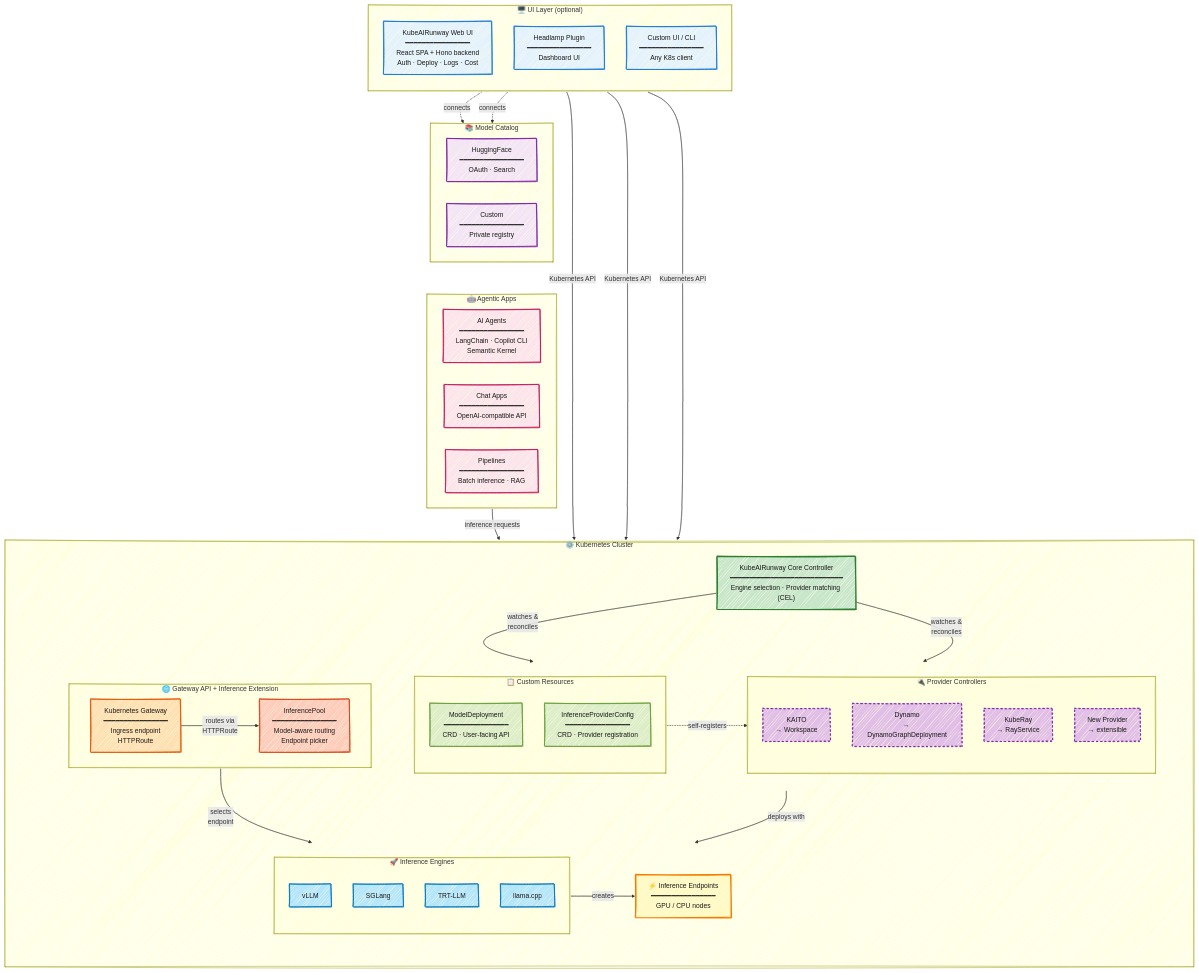
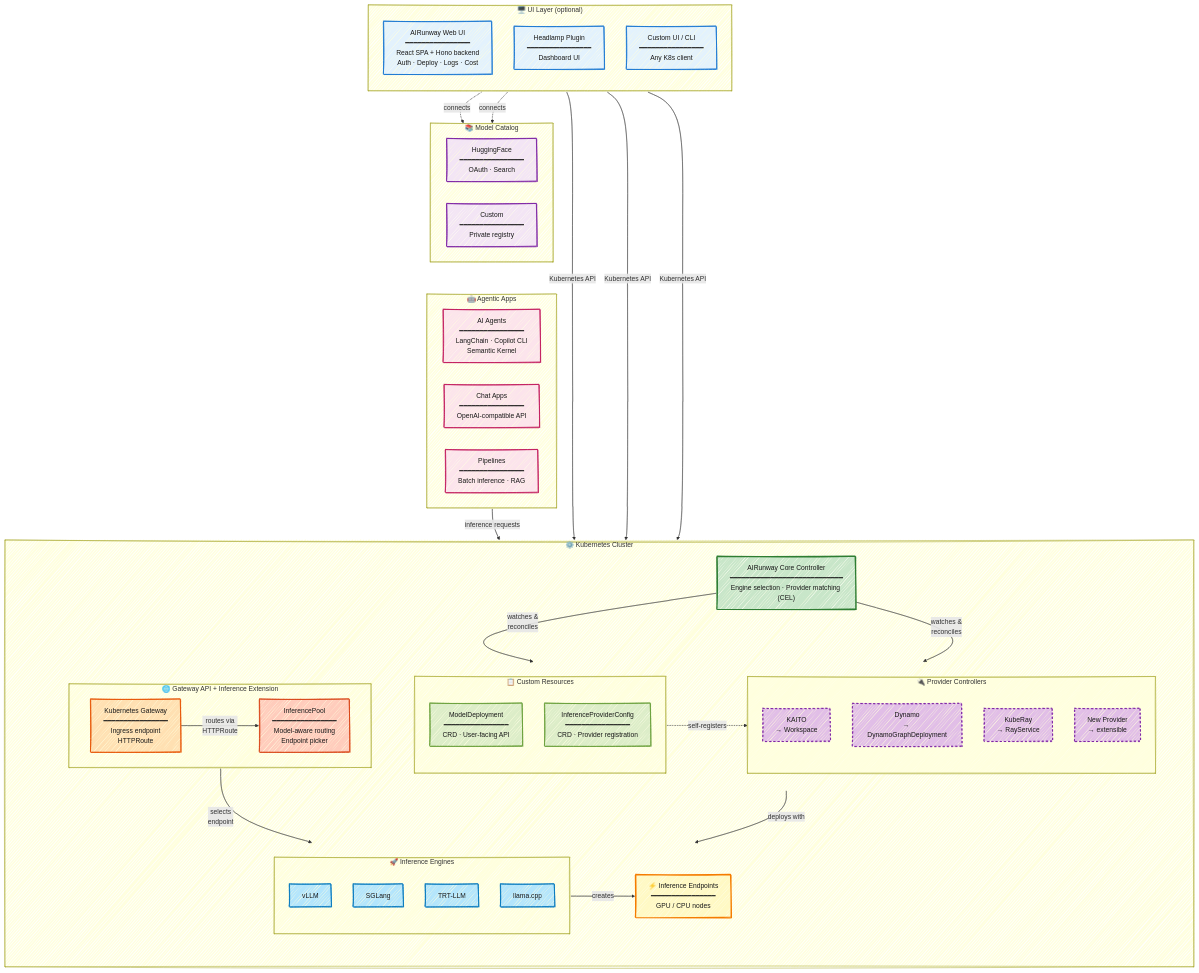
One commit to kaito-project/kubeairunway changed the diagram in docs/architecture.mermaid. Above: the diagram before and after it, drawn with Mermaid. The commit also changed 259 other files, not shown here.

```diff
--- a/docs/architecture.mermaid
+++ b/docs/architecture.mermaid
@@ -1,121 +1,121 @@
 ---
 config:
   look: handDrawn
   theme: default
 ---
 graph TB
     subgraph UI["🖥️ UI Layer (optional)"]
         direction TB
-        WebUI["KubeAIRunway Web UI<br/>━━━━━━━━━━━━━━━━<br/>React SPA + Hono backend<br/>Auth · Deploy · Logs · Cost"]
+        WebUI["AIRunway Web UI<br/>━━━━━━━━━━━━━━━━<br/>React SPA + Hono backend<br/>Auth · Deploy · Logs · Cost"]
         Headlamp["Headlamp Plugin<br/>━━━━━━━━━━━━━━━━<br/>Dashboard UI"]
         CustomUI["Custom UI / CLI<br/>━━━━━━━━━━━━━━━━<br/>Any K8s client"]
     end
 
     subgraph CATALOG["📚 Model Catalog"]
         direction LR
         HuggingFace["HuggingFace<br/>━━━━━━━━━━━━━━━━<br/>OAuth · Search"]
         PrivateCatalog["Custom<br/>━━━━━━━━━━━━━━━━<br/>Private registry"]
     end
 
     subgraph APPS["🤖 Agentic Apps"]
         direction LR
         AIAgents["AI Agents<br/>━━━━━━━━━━━━━━━━<br/>LangChain · Copilot CLI<br/>Semantic Kernel"]
         ChatApps["Chat Apps<br/>━━━━━━━━━━━━━━━━<br/>OpenAI-compatible API"]
         Pipelines["Pipelines<br/>━━━━━━━━━━━━━━━━<br/>Batch inference · RAG"]
     end
 
     %% Force UI, CATALOG, APPS onto same row
     UI ~~~ CATALOG ~~~ APPS
 
     subgraph K8S["⚙️ Kubernetes Cluster"]
         direction TB
 
-        CoreController["KubeAIRunway Core Controller<br/>━━━━━━━━━━━━━━━━━━━━━━━━━━━━<br/>Engine selection · Provider matching (CEL)"]
+        CoreController["AIRunway Core Controller<br/>━━━━━━━━━━━━━━━━━━━━━━━━━━━━<br/>Engine selection · Provider matching (CEL)"]
 
         subgraph CONTROL_PLANE[" "]
             direction LR
             subgraph CRDS["📋 Custom Resources"]
                 direction TB
                 ModelDeployment["ModelDeployment<br/>━━━━━━━━━━━━━━━━<br/>CRD · User-facing API"]
                 ProviderConfig["InferenceProviderConfig<br/>━━━━━━━━━━━━━━━━<br/>CRD · Provider registration"]
             end
 
             subgraph PROVIDERS["🔌 Provider Controllers"]
                 direction TB
                 KAITO["KAITO<br/>→ Workspace"]
                 Dynamo["Dynamo<br/>→ DynamoGraphDeployment"]
                 KubeRay["KubeRay<br/>→ RayService"]
                 NewProvider["New Provider<br/>→ extensible"]
             end
         end
 
         subgraph DATA_PLANE[" "]
             direction LR
             subgraph ENGINES["🚀 Inference Engines"]
                 direction TB
                 vLLM["vLLM"]
                 SGLang["SGLang"]
                 TRLLM["TRT-LLM"]
                 LlamaCpp["llama.cpp"]
             end
 
             InferenceEndpoints["⚡ Inference Endpoints<br/>━━━━━━━━━━━━━━━━<br/>GPU / CPU nodes"]
         end
 
         subgraph GATEWAY_LAYER["🌐 Gateway API + Inference Extension"]
             direction LR
             K8sGateway["Kubernetes Gateway<br/>━━━━━━━━━━━━━━━━<br/>Ingress endpoint<br/>HTTPRoute"]
             InferencePool["InferencePool<br/>━━━━━━━━━━━━━━━━<br/>Model-aware routing<br/>Endpoint picker"]
         end
     end
 
     %% Model Catalog connections
     WebUI -.->|connects| HuggingFace
     WebUI -.->|connects| PrivateCatalog
 
     %% Kubernetes API connections
     WebUI -->|Kubernetes API| CoreController
     Headlamp -->|Kubernetes API| CoreController
     CustomUI -->|Kubernetes API| CoreController
 
     %% Controller operations
     CoreController -->|watches &<br/>reconciles| ModelDeployment
     CoreController -->|watches &<br/>reconciles| ProviderConfig
 
     %% Provider registration
     ProviderConfig -.->|self-registers| PROVIDERS
 
     %% Provider creates workloads
     PROVIDERS -->|deploys with| ENGINES
     ENGINES -->|creates| InferenceEndpoints
 
     %% Inference request flow
     APPS -->|inference requests| K8sGateway
     K8sGateway -->|routes via<br/>HTTPRoute| InferencePool
     InferencePool -->|selects<br/>endpoint| InferenceEndpoints
 
     %% Styling
     classDef ui fill:#e3f2fd,stroke:#1976d2,stroke-width:2px,color:#1a1a1a
     classDef catalog fill:#f3e5f5,stroke:#7b1fa2,stroke-width:2px,color:#1a1a1a
     classDef apps fill:#fce4ec,stroke:#c2185b,stroke-width:2px,color:#1a1a1a
     classDef controller fill:#c8e6c9,stroke:#2e7d32,stroke-width:3px,color:#1a1a1a
     classDef crd fill:#dcedc8,stroke:#689f38,stroke-width:2px,color:#1a1a1a
     classDef provider fill:#e1bee7,stroke:#7b1fa2,stroke-width:2px,stroke-dasharray:5 5,color:#1a1a1a
     classDef engine fill:#b3e5fc,stroke:#0277bd,stroke-width:2px,color:#1a1a1a
     classDef endpoint fill:#fff9c4,stroke:#f57c00,stroke-width:3px,color:#1a1a1a
     classDef gateway fill:#ffe0b2,stroke:#e65100,stroke-width:2px,color:#1a1a1a
     classDef pool fill:#ffccbc,stroke:#d84315,stroke-width:2px,color:#1a1a1a
 
     class WebUI,Headlamp,CustomUI ui
     class HuggingFace,PrivateCatalog catalog
     class AIAgents,ChatApps,Pipelines apps
     class CoreController controller
     class ModelDeployment,ProviderConfig crd
     class KAITO,Dynamo,KubeRay,NewProvider provider
     class vLLM,SGLang,TRLLM,LlamaCpp engine
     class InferenceEndpoints endpoint
     class K8sGateway gateway
     class InferencePool pool
 
     style CONTROL_PLANE fill:none,stroke:none
     style DATA_PLANE fill:none,stroke:none
```
